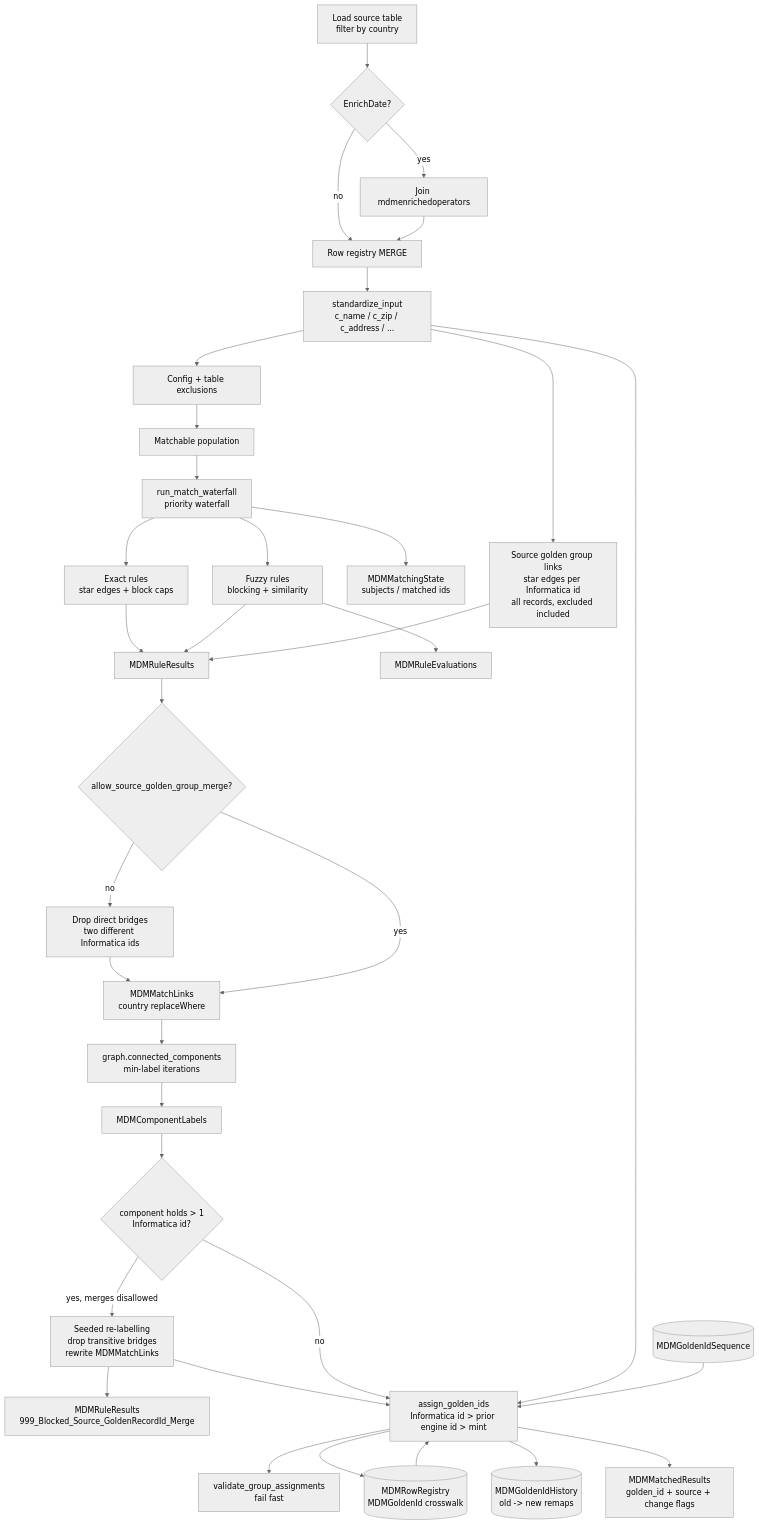
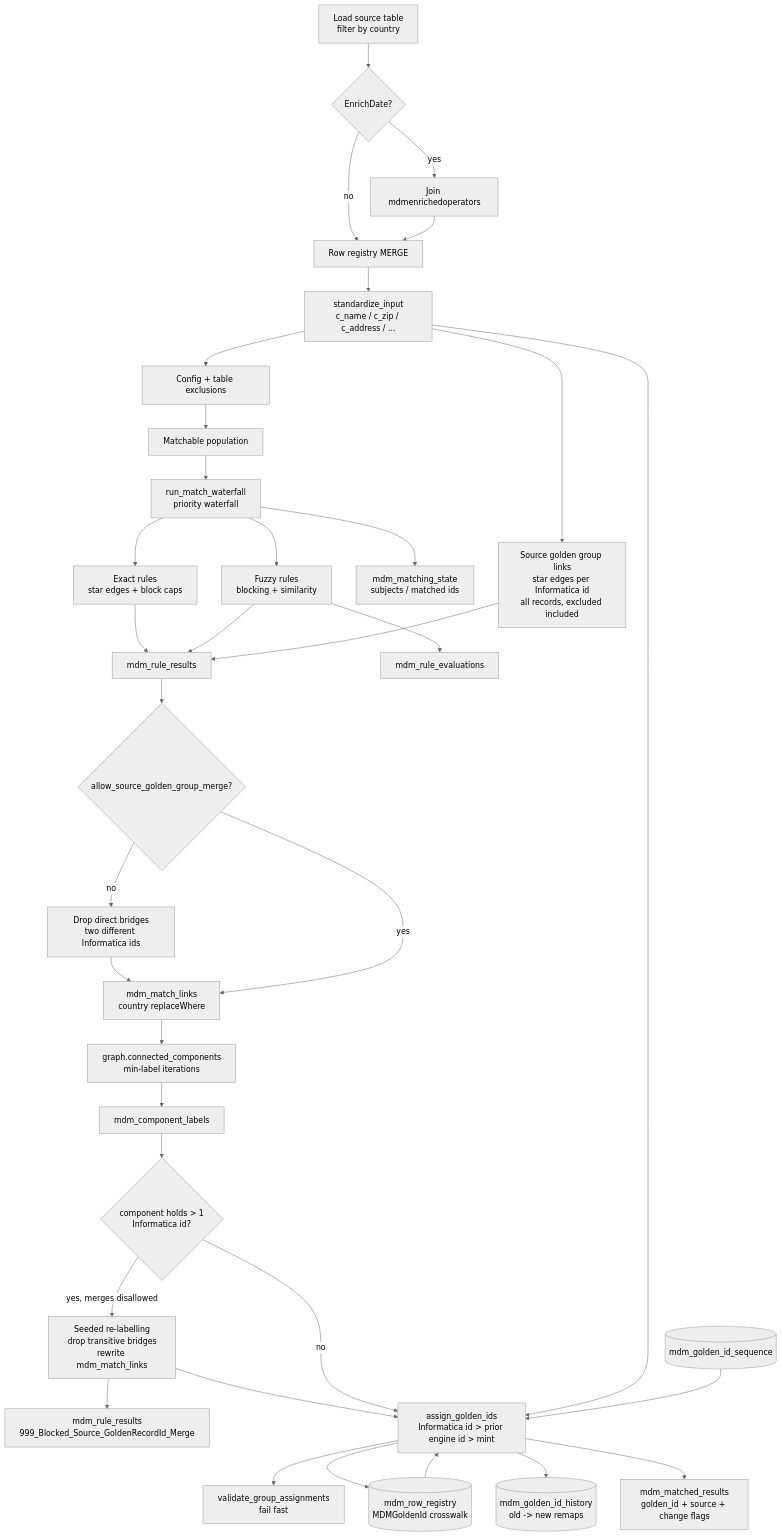
One commit to exa-admin/Virgo changed the diagram in docs/ARCHITECTURE.md. Above: the diagram before and after it, drawn with Mermaid (neutral theme). The commit also changed other lines of this file and 28 other files, not shown here.

````diff
--- a/docs/ARCHITECTURE.md
+++ b/docs/ARCHITECTURE.md
@@ -9,41 +9,41 @@
 ```mermaid
 flowchart TD
   A[Load source table<br/>filter by country] --> B{EnrichDate?}
   B -->|yes| C[Join mdmenrichedoperators]
   B -->|no| D[Row registry MERGE]
   C --> D
   D --> E[standardize_input<br/>c_name / c_zip / c_address / ...]
   E --> F[Config + table exclusions]
   F --> G[Matchable population]
   G --> H[run_match_waterfall<br/>priority waterfall]
 
   H --> H1[Exact rules<br/>star edges + block caps]
   H --> H2[Fuzzy rules<br/>blocking + similarity]
-  H1 --> I[MDMRuleResults]
+  H1 --> I[mdm_rule_results]
   H2 --> I
-  H2 --> J[MDMRuleEvaluations]
-  H --> K[MDMMatchingState<br/>subjects / matched ids]
+  H2 --> J[mdm_rule_evaluations]
+  H --> K[mdm_matching_state<br/>subjects / matched ids]
 
   E --> SG[Source golden group links<br/>star edges per Informatica id<br/>all records, excluded included]
   SG --> I
   I --> BF{allow_source_golden_group_merge?}
   BF -->|no| BD[Drop direct bridges<br/>two different Informatica ids]
   BD --> L
   BF -->|yes| L
-  L[MDMMatchLinks<br/>country replaceWhere]
+  L[mdm_match_links<br/>country replaceWhere]
   L --> M[graph.connected_components<br/>min-label iterations]
-  M --> N[MDMComponentLabels]
+  M --> N[mdm_component_labels]
   N --> BT{component holds > 1<br/>Informatica id?}
-  BT -->|yes, merges disallowed| BR[Seeded re-labelling<br/>drop transitive bridges<br/>rewrite MDMMatchLinks]
-  BR --> BL[MDMRuleResults<br/>999_Blocked_Source_GoldenRecordId_Merge]
+  BT -->|yes, merges disallowed| BR[Seeded re-labelling<br/>drop transitive bridges<br/>rewrite mdm_match_links]
+  BR --> BL[mdm_rule_results<br/>999_Blocked_Source_GoldenRecordId_Merge]
   BR --> O
   BT -->|no| O
   O[assign_golden_ids<br/>Informatica id > prior engine id > mint]
   O --> V[validate_group_assignments<br/>fail fast]
   E --> O
-  S[(MDMGoldenIdSequence)] --> O
-  O --> R[(MDMRowRegistry<br/>MDMGoldenId crosswalk)]
+  S[(mdm_golden_id_sequence)] --> O
+  O --> R[(mdm_row_registry<br/>MDMGoldenId crosswalk)]
   R --> O
-  O --> X[(MDMGoldenIdHistory<br/>old -> new remaps)]
-  O --> P[MDMMatchedResults<br/>golden_id + source + change flags]
+  O --> X[(mdm_golden_id_history<br/>old -> new remaps)]
+  O --> P[mdm_matched_results<br/>golden_id + source + change flags]
 ```
````
